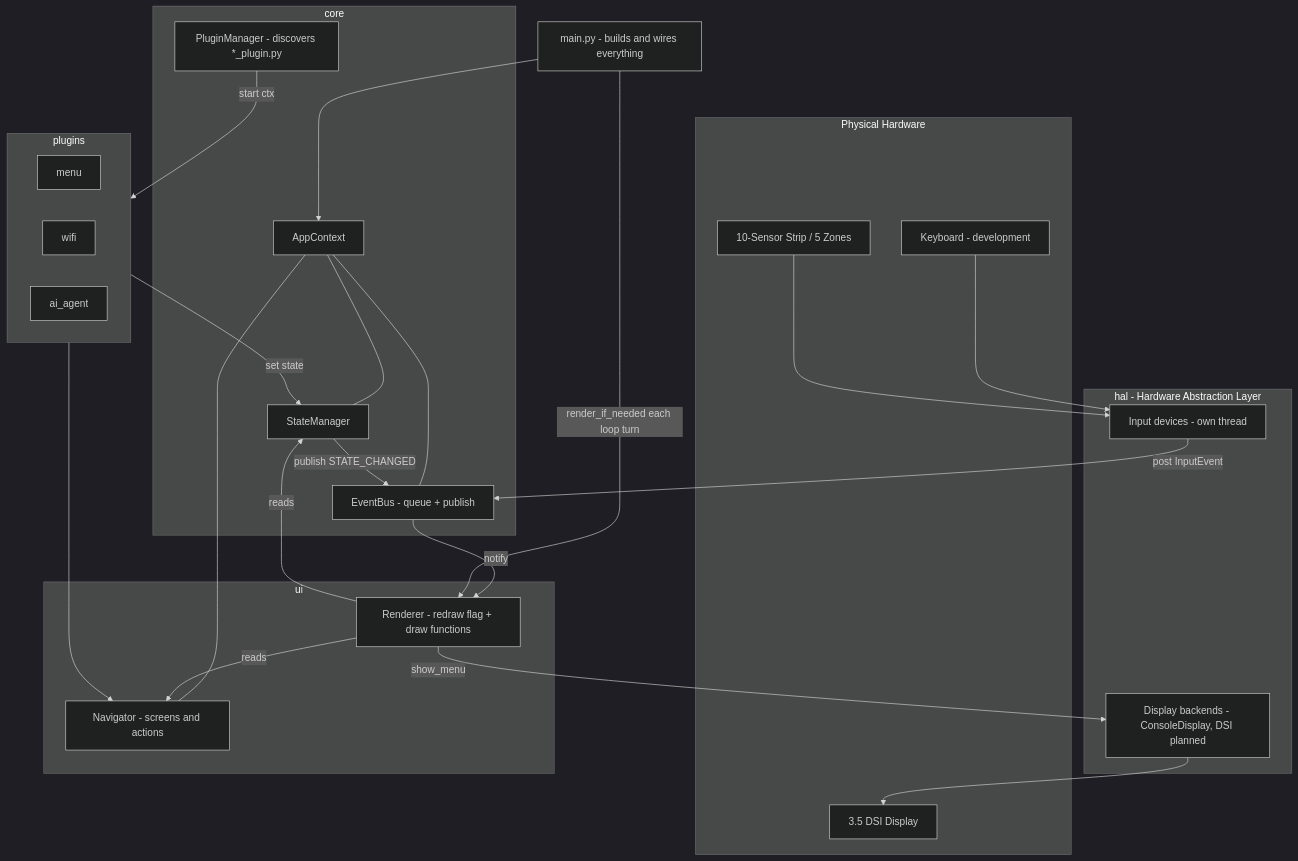
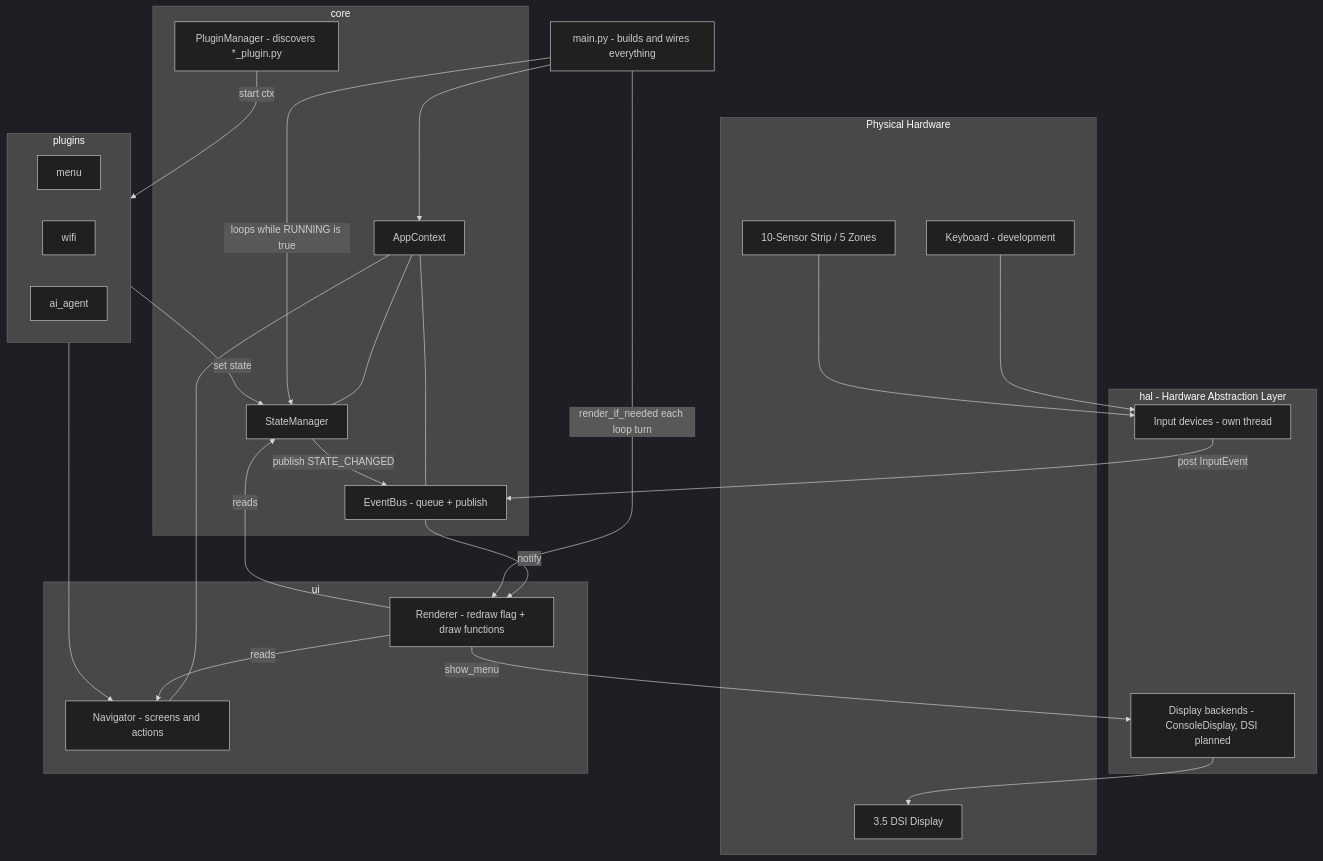
Before and after one commit to A-Dann/Antonino-TuttoFare_PI3bplus: the first of 2 diagrams in docs/architecture.md, drawn with Mermaid (dark theme). The commit also changed other lines of this file, not shown here.

````diff
--- a/docs/architecture.md
+++ b/docs/architecture.md
@@ -10,51 +11,52 @@
 ```mermaid
 graph TD
     subgraph Hardware [Physical Hardware]
         Display[3.5 DSI Display]
         Strip[10-Sensor Strip / 5 Zones]
         Keyboard[Keyboard - development]
     end
 
     subgraph HAL [hal - Hardware Abstraction Layer]
         InputDevice[Input devices - own thread]
         HalDisplay[Display backends - ConsoleDisplay, DSI planned]
     end
 
     subgraph Core [core]
         EventBus[EventBus - queue + publish]
         StateMgr[StateManager]
         PluginMgr[PluginManager - discovers *_plugin.py]
         Context[AppContext]
     end
 
     subgraph UI [ui]
         Navigator[Navigator - screens and actions]
         Renderer[Renderer - redraw flag + draw functions]
     end
 
     subgraph Plugins [plugins]
         Menu[menu]
         Wifi[wifi]
         AiAgent[ai_agent]
     end
 
     Main[main.py - builds and wires everything]
 
     Keyboard --> InputDevice
     Strip --> InputDevice
     InputDevice -->|post InputEvent| EventBus
     Main --> Context
     Context --- EventBus
     Context --- StateMgr
     Context --- Navigator
     PluginMgr -->|start ctx| Plugins
     Plugins -->|set state| StateMgr
     Plugins --> Navigator
     StateMgr -->|publish STATE_CHANGED| EventBus
     EventBus -->|notify| Renderer
     Renderer -->|reads| StateMgr
     Renderer -->|reads| Navigator
     Main -->|render_if_needed each loop turn| Renderer
+    Main -->|loops while RUNNING is true| StateMgr
     Renderer -->|show_menu| HalDisplay
     HalDisplay --> Display
 ```
````
